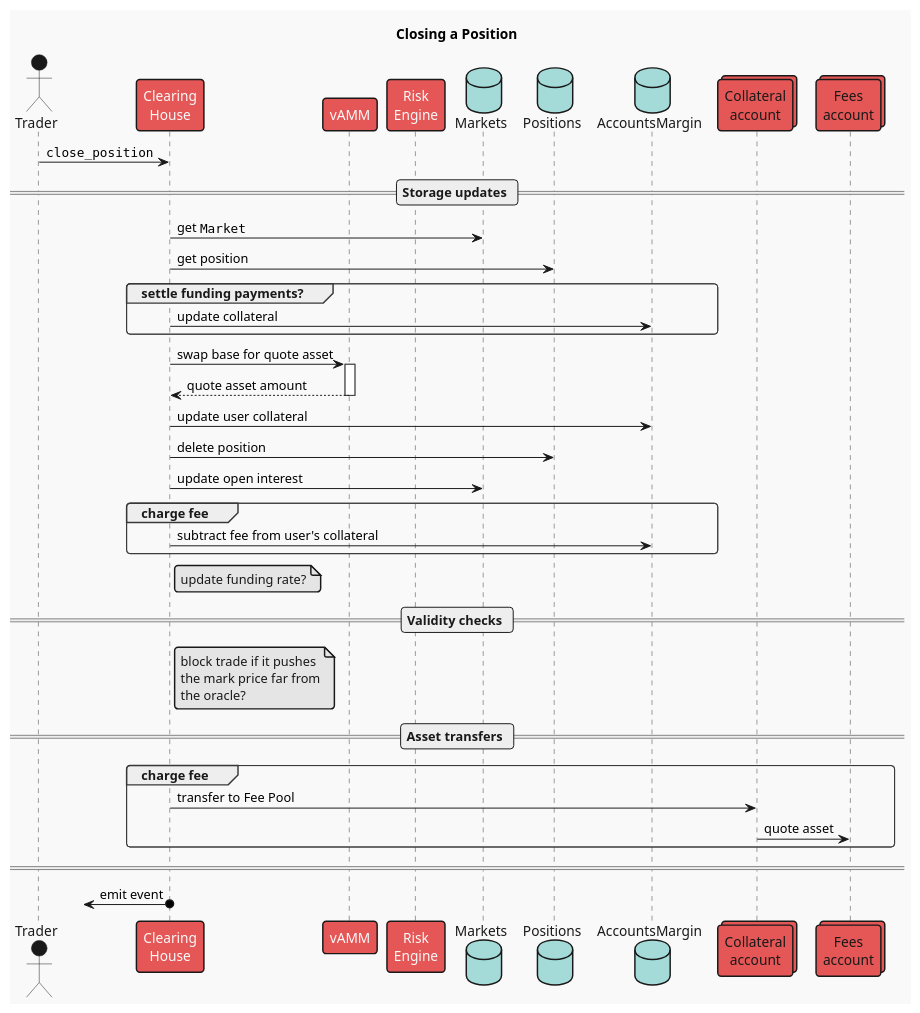
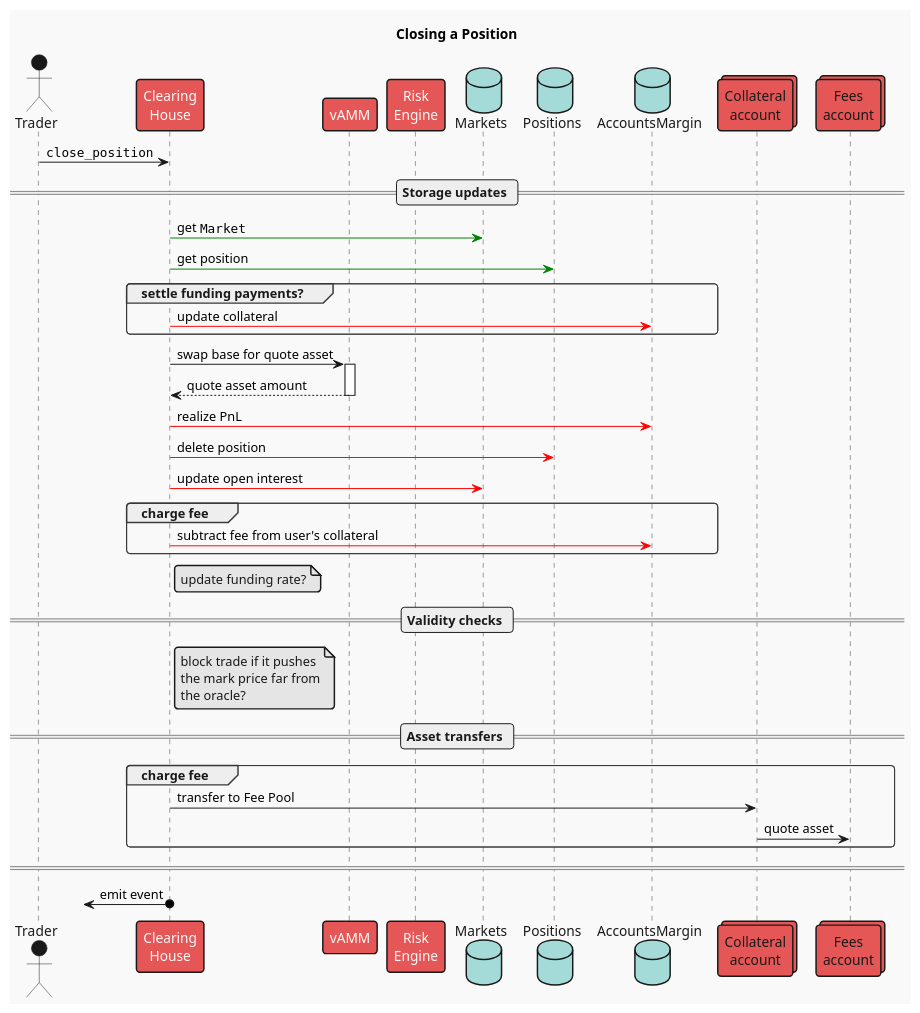
One commit to ComposableFi/composable changed the diagram in frame/clearing-house/diagrams/close-position.plantuml. Above: the diagram before and after it, drawn with PlantUML. The commit also changed 6 other files, not shown here.

Commit message:
docs(CH): color-code storage updates in seq diagrams

```diff
--- a/frame/clearing-house/diagrams/close-position.plantuml
+++ b/frame/clearing-house/diagrams/close-position.plantuml
@@ -1,62 +1,62 @@
 @startuml close_position
 !theme mars
 
 title Closing a Position
 
 actor "Trader" as user
 participant "Clearing\nHouse" as ch
 participant "vAMM" as vamm
 participant "Risk\nEngine" as risk
 database "Markets" as mkts
 database "Positions" as positions
 database "AccountsMargin" as accs
 collections "Collateral\naccount" as vault
 collections "Fees\naccount" as fees
 
 user -> ch : ""close_position""
 
 == Storage updates ==
 
-ch -> mkts : get ""Market""
-ch -> positions : get position
+ch -[#green]> mkts : get ""Market""
+ch -[#green]> positions : get position
 'note right CH: compute quote asset\nnotional amount
 
 group settle funding payments?
-ch -> accs : update collateral
+ch -[#red]> accs : update collateral
 end
 
 ch -> vamm ++ : swap base for quote asset
 return quote asset amount
 
-ch -> accs : update user collateral
+ch -[#red]> accs : realize PnL
 
-ch -> positions : delete position
-ch -> mkts : update open interest
+ch -[#red]> positions : delete position
+ch -[#red]> mkts : update open interest
 
 group charge fee
-ch -> accs : subtract fee from user's collateral
+ch -[#red]> accs : subtract fee from user's collateral
 end
 
 note right ch
 update funding rate?
 end note
 
 == Validity checks ==
 
 note right ch
 block trade if it pushes
 the mark price far from
 the oracle?
 end note
 
 == Asset transfers ==
 
 group charge fee
 ch -> vault : transfer to Fee Pool
 vault -> fees : quote asset
 end
 
 ====
 
 ?<-o ch : emit event
 @enduml
```
